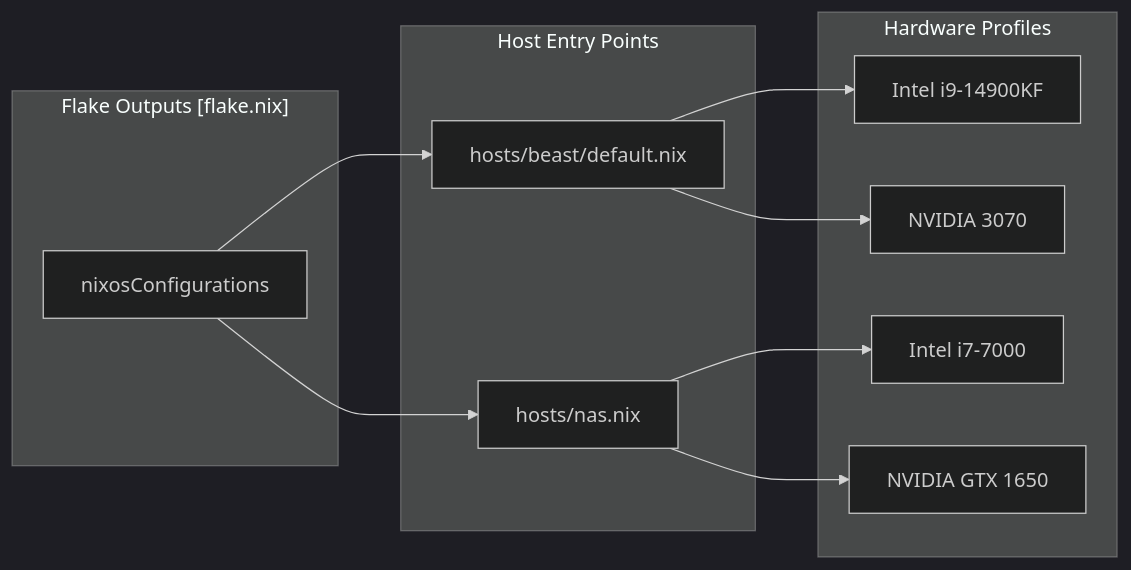
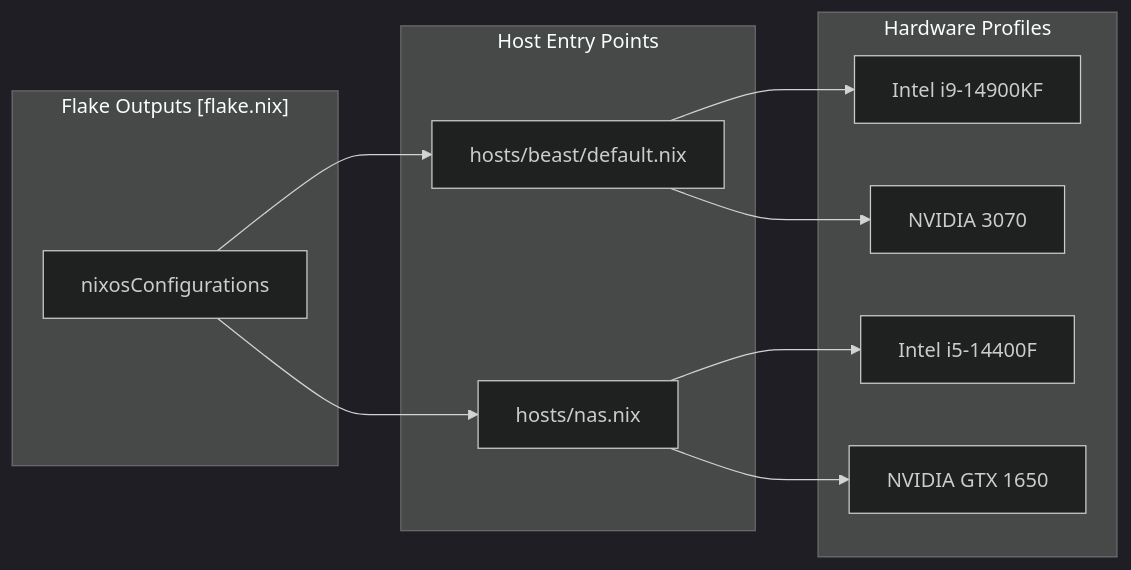
The diagram in docs/Host-Configurations.md (Cody-W-Tucker/nix-config), drawn with Mermaid (dark theme) before and after one commit. The commit also changed other lines of this file and 5 other files, not shown here.

````diff
--- a/docs/Host-Configurations.md
+++ b/docs/Host-Configurations.md
@@ -15,22 +15,22 @@
 ```mermaid
 flowchart LR
     subgraph subGraph2 ["Hardware Profiles"]
         INTEL_14["Intel i9-14900KF"]
-        INTEL_7["Intel i7-7000"]
+        INTEL_5["Intel i5-14400F"]
         NV_3070["NVIDIA 3070"]
         GTX_1650["NVIDIA GTX 1650"]
     end
     subgraph subGraph1 ["Host Entry Points"]
         BEAST_ENTRY["hosts/beast/default.nix"]
         NAS_ENTRY["hosts/nas.nix"]
     end
     subgraph subGraph0 ["Flake Outputs #91;flake.nix#93;"]
         CONF["nixosConfigurations"]
     end
     CONF --> BEAST_ENTRY
     CONF --> NAS_ENTRY
     BEAST_ENTRY --> INTEL_14
     BEAST_ENTRY --> NV_3070
-    NAS_ENTRY --> INTEL_7
+    NAS_ENTRY --> INTEL_5
     NAS_ENTRY --> GTX_1650
 ```
````
